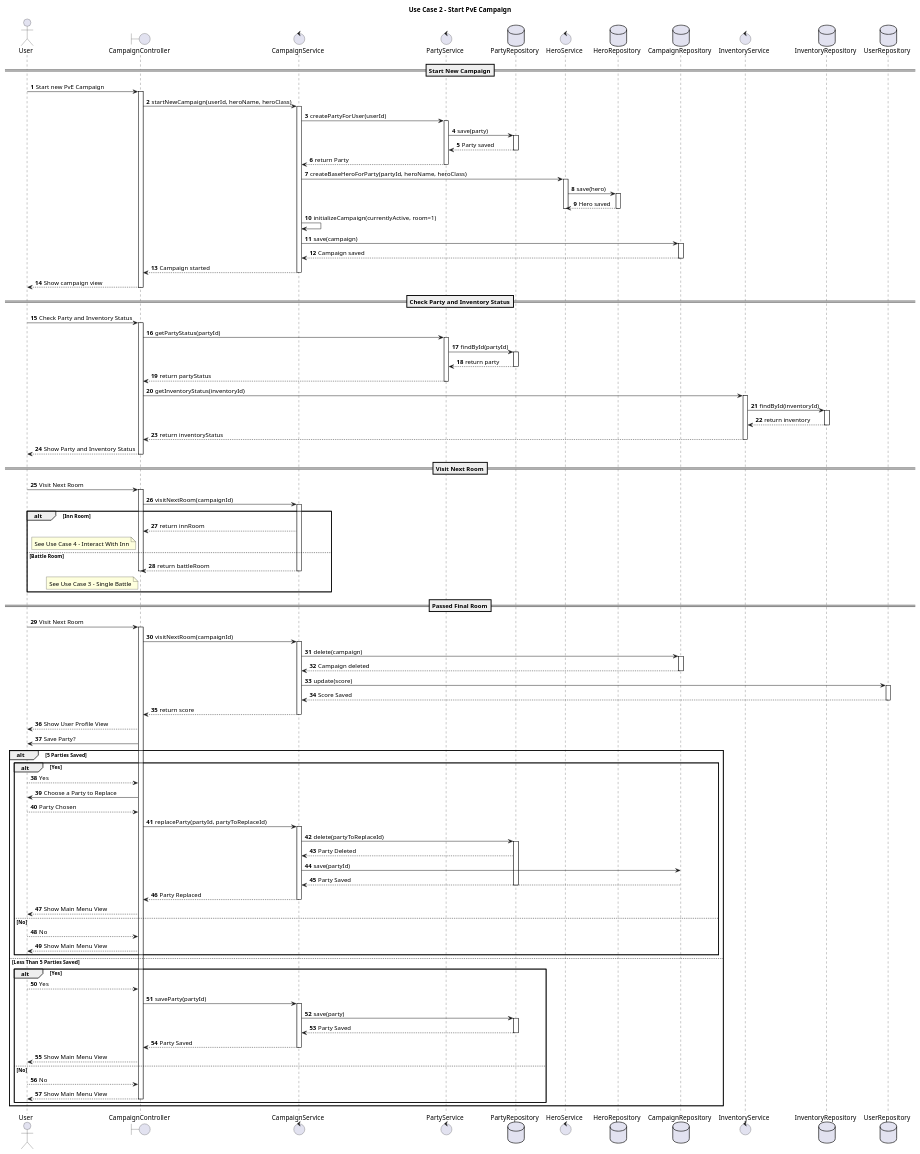
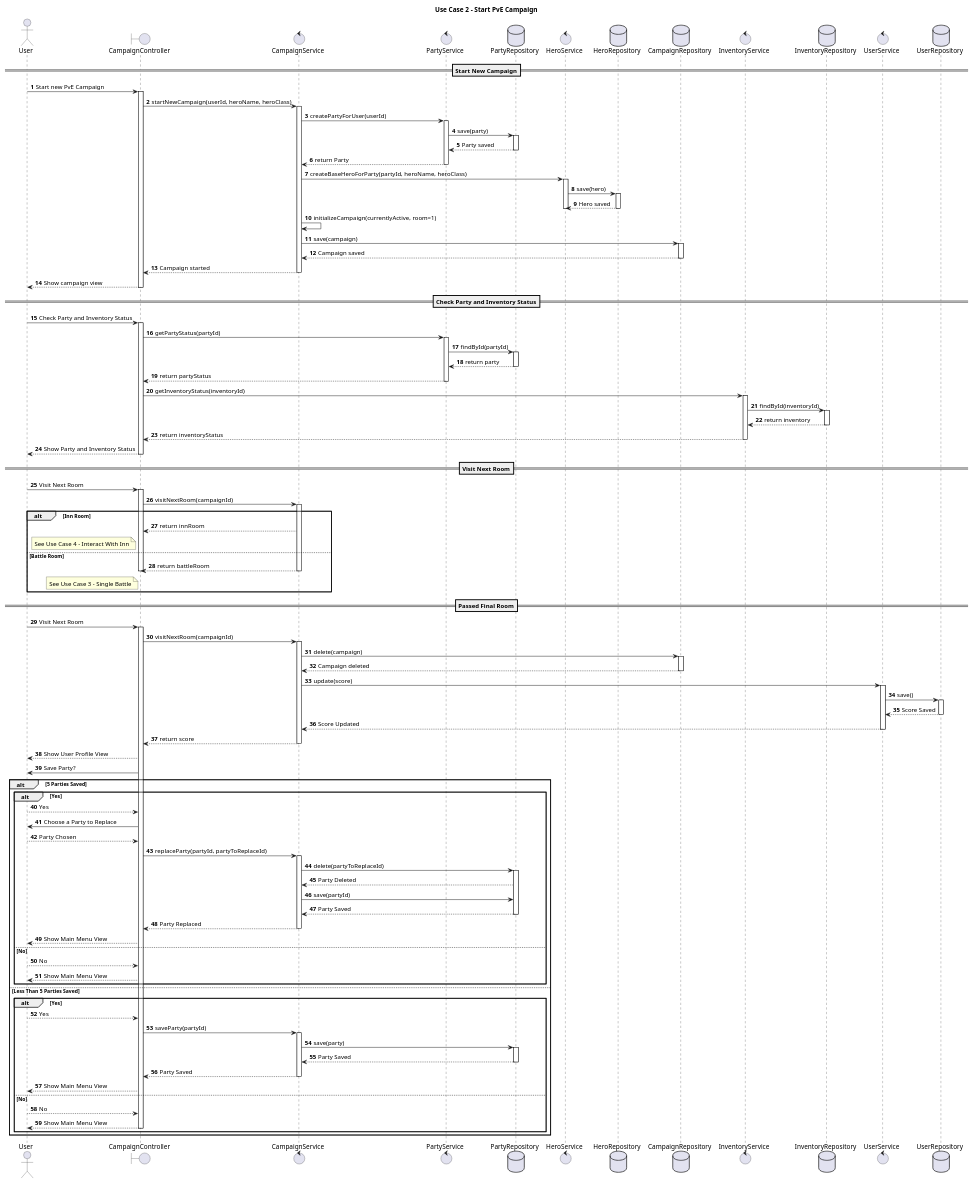
The diagram in Sequence Diagrams/Use Case 2_Start PvE Campaign.puml (MohammedPatel-yorku/LegendsOfSwordAndWand), drawn with PlantUML before and after one commit. The commit also changed 13 other files, not shown here.

Commit message:
Diagrams Updated

```diff
--- a/Sequence Diagrams/Use Case 2_Start PvE Campaign.puml
+++ b/Sequence Diagrams/Use Case 2_Start PvE Campaign.puml
@@ -1,176 +1,181 @@
 @startuml
 'https://plantuml.com/sequence-diagram
 
 autonumber
 
 title Use Case 2 - Start PvE Campaign
 
 actor User
 boundary CampaignController
 control CampaignService
 control PartyService
 database PartyRepository
 control HeroService
 database HeroRepository
 database CampaignRepository
 control InventoryService
 database InventoryRepository
+control UserService
 database UserRepository
 
 ==Start New Campaign==
 
 User -> CampaignController: Start new PvE Campaign
 activate CampaignController
 CampaignController -> CampaignService: startNewCampaign(userId, heroName, heroClass)
 activate CampaignService
 
 CampaignService -> PartyService: createPartyForUser(userId)
 activate PartyService
 PartyService -> PartyRepository: save(party)
 activate PartyRepository
 PartyRepository --> PartyService: Party saved
 deactivate PartyRepository
 PartyService --> CampaignService: return Party
 deactivate PartyService
 
 CampaignService -> HeroService: createBaseHeroForParty(partyId, heroName, heroClass)
 activate HeroService
 HeroService -> HeroRepository: save(hero)
 activate HeroRepository
 HeroRepository --> HeroService: Hero saved
 deactivate HeroRepository
 deactivate HeroService
 
 CampaignService -> CampaignService: initializeCampaign(currentlyActive, room=1)
 CampaignService -> CampaignRepository: save(campaign)
 activate CampaignRepository
 CampaignRepository --> CampaignService: Campaign saved
 deactivate CampaignRepository
 
 CampaignService --> CampaignController: Campaign started
 deactivate CampaignService
 CampaignController --> User: Show campaign view
 deactivate CampaignController
 
 ==Check Party and Inventory Status==
 
 User -> CampaignController: Check Party and Inventory Status
 activate CampaignController
 
 CampaignController -> PartyService: getPartyStatus(partyId)
 activate PartyService
 PartyService -> PartyRepository: findById(partyId)
 activate PartyRepository
 
 PartyRepository --> PartyService: return party
 deactivate PartyRepository
 PartyService --> CampaignController: return partyStatus
 deactivate PartyService
 
 CampaignController -> InventoryService: getInventoryStatus(inventoryId)
 activate InventoryService
 InventoryService -> InventoryRepository: findById(inventoryId)
 activate InventoryRepository
 
 InventoryRepository --> InventoryService: return inventory
 deactivate InventoryRepository
 InventoryService --> CampaignController: return inventoryStatus
 deactivate InventoryService
 
 CampaignController --> User: Show Party and Inventory Status
 deactivate CampaignController
 
 ==Visit Next Room==
 
 User -> CampaignController: Visit Next Room
 activate CampaignController
 CampaignController -> CampaignService: visitNextRoom(campaignId)
 activate CampaignService
 
 alt Inn Room
     CampaignService --> CampaignController: return innRoom
     note left of CampaignController: See Use Case 4 - Interact With Inn
 
 else Battle Room
     CampaignService --> CampaignController: return battleRoom
     deactivate CampaignService
     deactivate CampaignController
     note left of CampaignController: See Use Case 3 - Single Battle
 
 end
 
 ==Passed Final Room==
 
 User -> CampaignController: Visit Next Room
 activate CampaignController
 CampaignController -> CampaignService: visitNextRoom(campaignId)
 activate CampaignService
 
 CampaignService -> CampaignRepository: delete(campaign)
 activate CampaignRepository
 CampaignRepository --> CampaignService: Campaign deleted
 deactivate CampaignRepository
 
-CampaignService -> UserRepository: update(score)
+CampaignService -> UserService: update(score)
+activate UserService
+UserService -> UserRepository: save()
 activate UserRepository
-UserRepository --> CampaignService: Score Saved
+UserRepository --> UserService: Score Saved
 deactivate UserRepository
+UserService --> CampaignService: Score Updated
+deactivate UserService
 
 CampaignService --> CampaignController: return score
 deactivate CampaignService
 CampaignController --> User: Show User Profile View
 
 CampaignController -> User: Save Party?
 
 alt 5 Parties Saved
     alt Yes
         User --> CampaignController: Yes
         CampaignController -> User: Choose a Party to Replace
         User --> CampaignController: Party Chosen
 
         CampaignController -> CampaignService: replaceParty(partyId, partyToReplaceId)
         activate CampaignService
 
         CampaignService -> PartyRepository: delete(partyToReplaceId)
         activate PartyRepository
         PartyRepository --> CampaignService: Party Deleted
-        CampaignService -> CampaignRepository: save(partyId)
-        CampaignRepository --> CampaignService: Party Saved
+        CampaignService -> PartyRepository: save(partyId)
+        PartyRepository --> CampaignService: Party Saved
         deactivate PartyRepository
 
         CampaignService --> CampaignController: Party Replaced
         deactivate CampaignService
         CampaignController --> User: Show Main Menu View
 
     else No
         User --> CampaignController: No
         CampaignController --> User: Show Main Menu View
 
     end
 
     else Less Than 5 Parties Saved
         alt Yes
             User --> CampaignController: Yes
 
             CampaignController -> CampaignService: saveParty(partyId)
             activate CampaignService
             CampaignService -> PartyRepository: save(party)
             activate PartyRepository
 
             PartyRepository --> CampaignService: Party Saved
             deactivate PartyRepository
             CampaignService --> CampaignController: Party Saved
             deactivate CampaignService
 
             CampaignController --> User: Show Main Menu View
 
         else No
             User --> CampaignController: No
             CampaignController --> User: Show Main Menu View
             deactivate CampaignController
 
         end
 
 end
 
 @enduml
```
